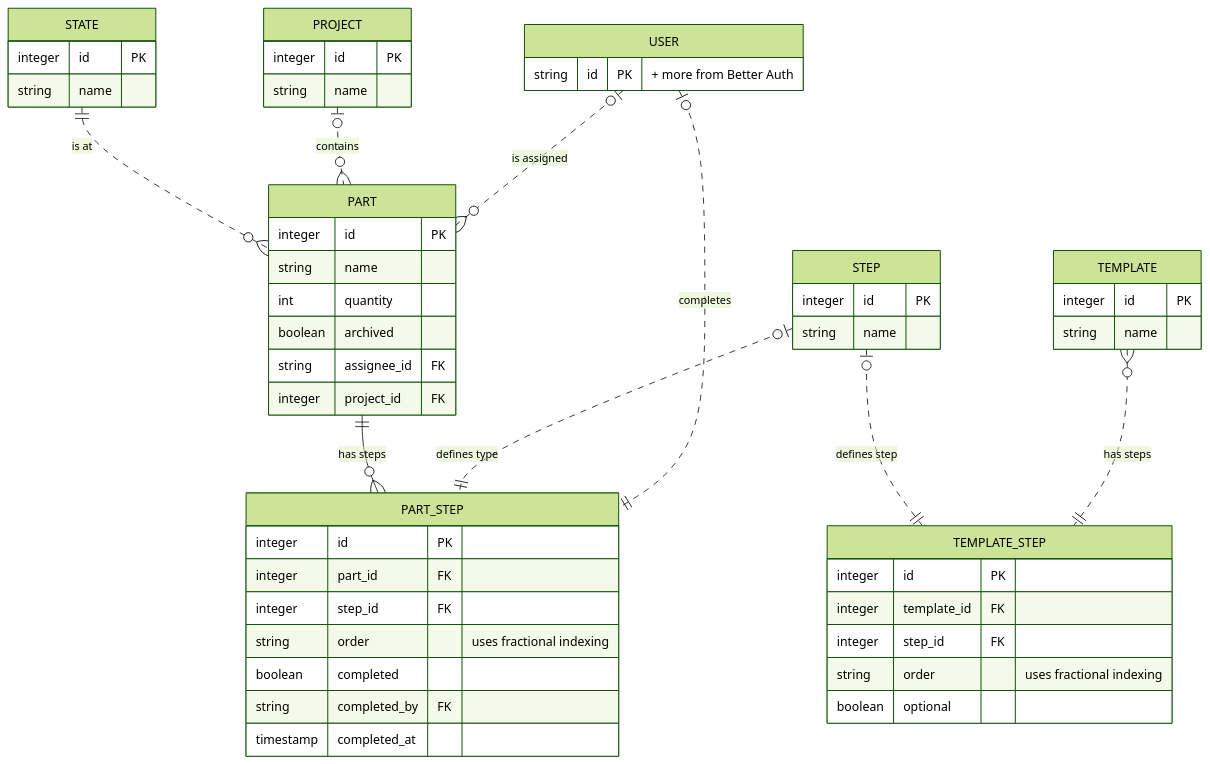
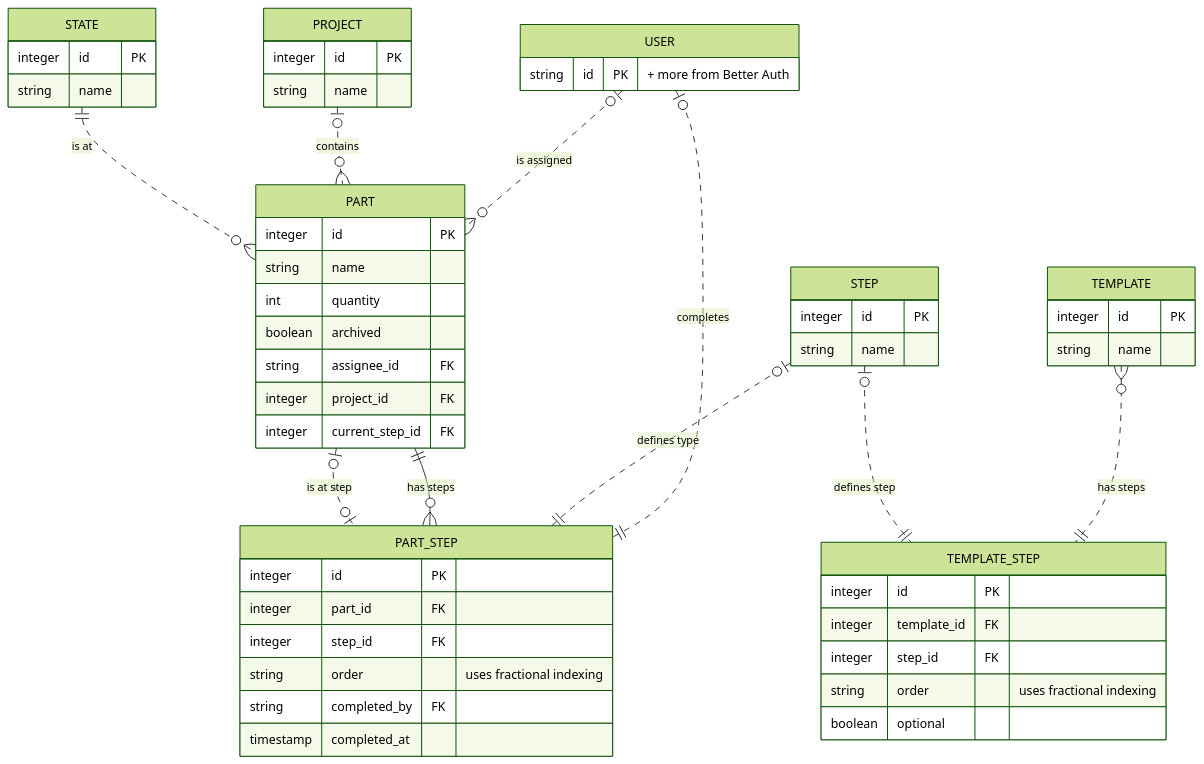
Before and after one commit to crummyh/manufacturing-hub: the second of 2 diagrams in docs/dev_plan.md, drawn with Mermaid (forest theme). The commit also changed 33 other files, not shown here.

````diff
--- a/docs/dev_plan.md
+++ b/docs/dev_plan.md
@@ -70,62 +70,63 @@
 ```mermaid
 erDiagram
   USER {
     string id PK "+ more from Better Auth"
   }
 
   PROJECT {
     integer id PK
     string name
   }
 
   PART {
     integer id PK
     string name
     int quantity
     boolean archived
     string assignee_id FK
     integer project_id FK
+    integer current_step_id FK
   }
 
   STEP {
     integer id PK
     string name
   }
 
   PART_STEP {
     integer id PK
     integer part_id FK
     integer step_id FK
     string order "uses fractional indexing"
-    boolean completed
     string completed_by FK
     timestamp completed_at
   }
 
   STATE {
     integer id PK
     string name
   }
 
   TEMPLATE {
     integer id PK
     string name
   }
 
   TEMPLATE_STEP {
     integer id PK
     integer template_id FK
     integer step_id FK
     string order "uses fractional indexing"
     boolean optional
   }
 
   USER |o..o{ PART : "is assigned"
   USER |o..|| PART_STEP : "completes"
   STEP |o..|| PART_STEP : "defines type"
   PART ||--}o PART_STEP : "has steps"
   PROJECT |o..o{ PART : "contains"
   STATE ||..o{ PART : "is at"
   TEMPLATE }o..|| TEMPLATE_STEP : "has steps"
   STEP |o..|| TEMPLATE_STEP : "defines step"
+  PART |o..o| PART_STEP : "is at step"
 ```
````
